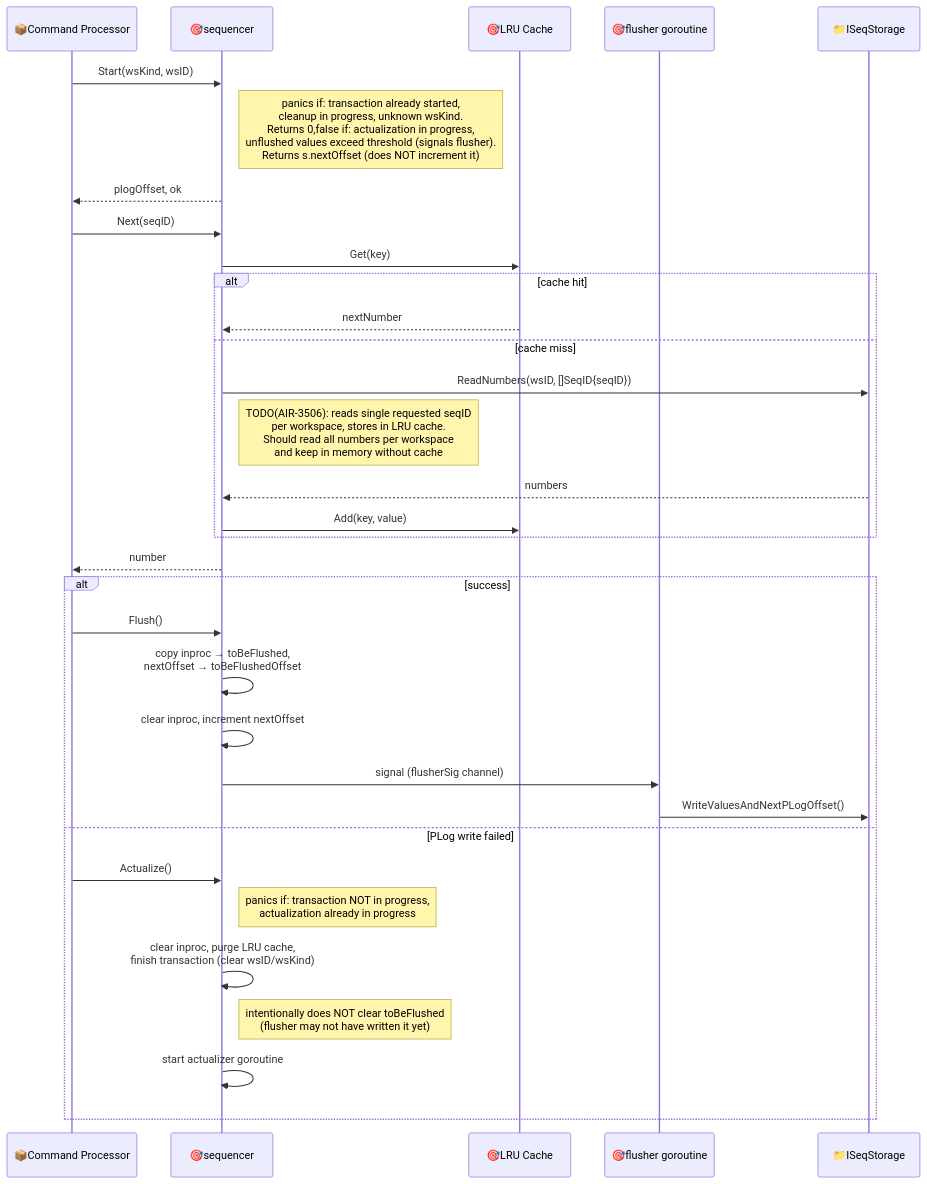
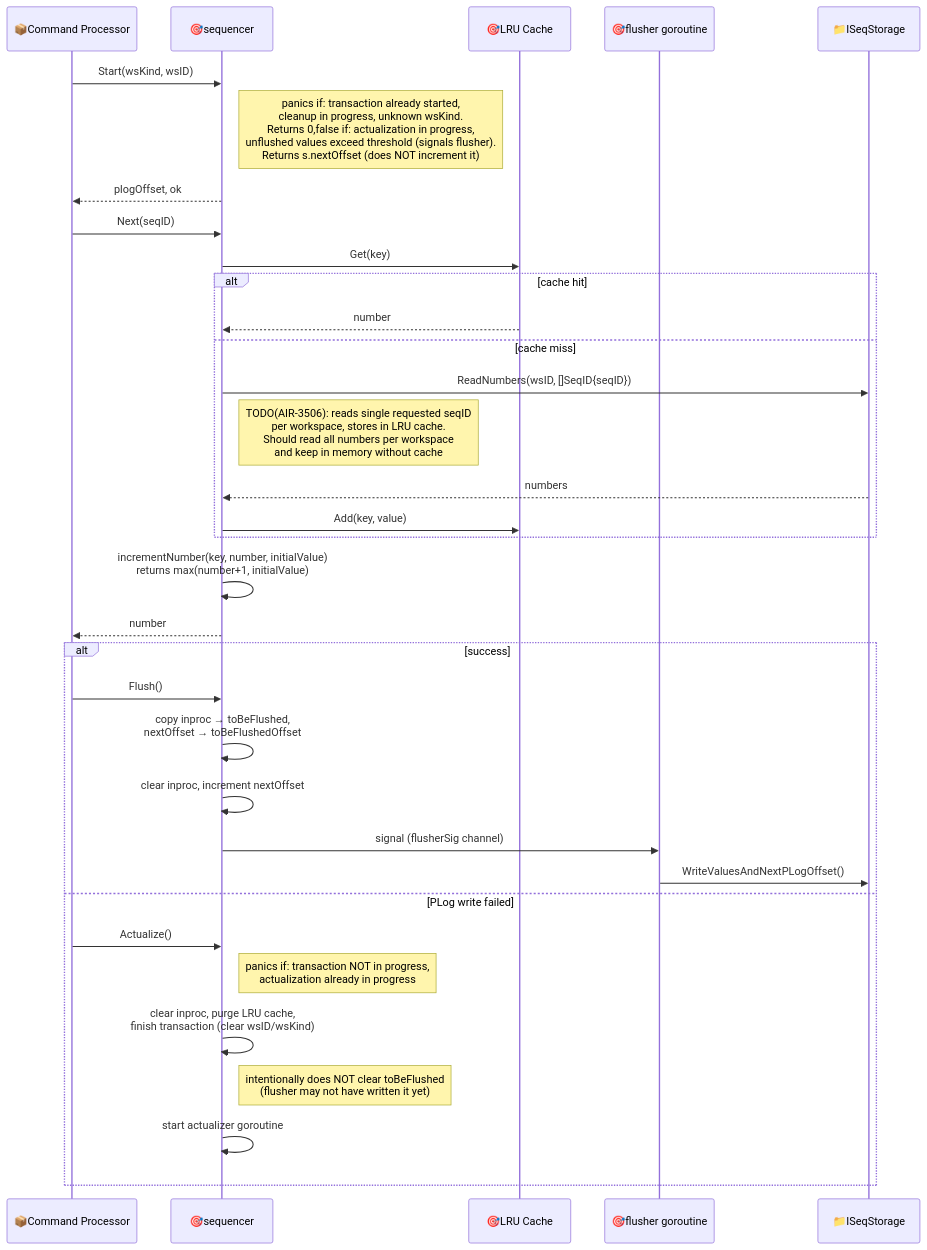
Before and after one commit to voedger/voedger: the first of 2 diagrams in uspecs/specs/prod/apps/sequences--arch.md, drawn with Mermaid. The commit also changed other lines of this file and 5 other files, not shown here.

Commit message:
Closes #AIR-3532: Singleton IDs corrupt RecordID sequence after recovery See change.md for details

````diff
--- a/uspecs/specs/prod/apps/sequences--arch.md
+++ b/uspecs/specs/prod/apps/sequences--arch.md
@@ -215,38 +215,39 @@
 ```mermaid
 sequenceDiagram
     participant CP as 📦Command Processor
     participant Seq as 🎯sequencer
     participant LRU as 🎯LRU Cache
     participant Flusher as 🎯flusher goroutine
     participant Storage as 📁ISeqStorage
 
     CP->>Seq: Start(wsKind, wsID)
     Note right of Seq: panics if: transaction already started,<br/>cleanup in progress, unknown wsKind.<br/>Returns 0,false if: actualization in progress,<br/>unflushed values exceed threshold (signals flusher).<br/>Returns s.nextOffset (does NOT increment it)
     Seq-->>CP: plogOffset, ok
 
     CP->>Seq: Next(seqID)
     Seq->>LRU: Get(key)
     alt cache hit
-        LRU-->>Seq: nextNumber
+        LRU-->>Seq: number
     else cache miss
         Seq->>Storage: ReadNumbers(wsID, []SeqID{seqID})
         Note right of Seq: TODO(AIR-3506): reads single requested seqID<br/>per workspace, stores in LRU cache.<br/>Should read all numbers per workspace<br/>and keep in memory without cache
         Storage-->>Seq: numbers
         Seq->>LRU: Add(key, value)
     end
+    Seq->>Seq: incrementNumber(key, number, initialValue)<br/>returns max(number+1, initialValue)
     Seq-->>CP: number
 
     alt success
         CP->>Seq: Flush()
         Seq->>Seq: copy inproc → toBeFlushed,<br/>nextOffset → toBeFlushedOffset
         Seq->>Seq: clear inproc, increment nextOffset
         Seq->>Flusher: signal (flusherSig channel)
         Flusher->>Storage: WriteValuesAndNextPLogOffset()
     else PLog write failed
         CP->>Seq: Actualize()
         Note right of Seq: panics if: transaction NOT in progress,<br/>actualization already in progress
         Seq->>Seq: clear inproc, purge LRU cache,<br/>finish transaction (clear wsID/wsKind)
         Note right of Seq: intentionally does NOT clear toBeFlushed<br/>(flusher may not have written it yet)
         Seq->>Seq: start actualizer goroutine
     end
 ```
````
